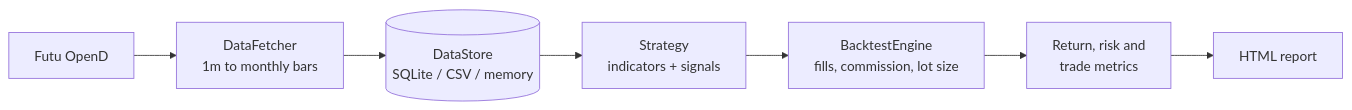
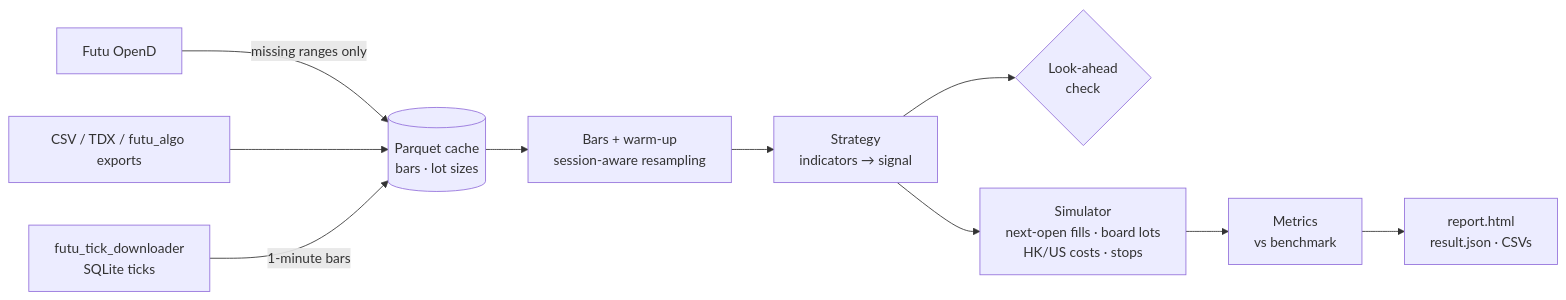
The diagram in README.md (billpwchan/strategy_powerbacktest), drawn with Mermaid before and after one commit. The commit also changed other lines of this file and 5 other files, not shown here.

````diff
--- a/README.md
+++ b/README.md
@@ -14,9 +17,12 @@
 ```mermaid
 flowchart LR
-  OpenD[Futu OpenD] --> Fetch[DataFetcher<br/>1m to monthly bars]
-  Fetch --> Store[(DataStore<br/>SQLite / CSV / memory)]
-  Store --> Strategy[Strategy<br/>indicators + signals]
-  Strategy --> Engine[BacktestEngine<br/>fills, commission, lot size]
-  Engine --> Metrics[Return, risk and<br/>trade metrics]
-  Metrics --> Report[HTML report]
+  OpenD[Futu OpenD] -->|missing ranges only| Cache[(Parquet cache<br/>bars · lot sizes)]
+  CSV[CSV / TDX / futu_algo exports] --> Cache
+  Ticks[futu_tick_downloader<br/>SQLite ticks] -->|1-minute bars| Cache
+  Cache --> Feed[Bars + warm-up<br/>session-aware resampling]
+  Feed --> Strategy[Strategy<br/>indicators → signal]
+  Strategy --> Check{Look-ahead<br/>check}
+  Strategy --> Engine[Simulator<br/>next-open fills · board lots<br/>HK/US costs · stops]
+  Engine --> Metrics[Metrics<br/>vs benchmark]
+  Metrics --> Report[report.html<br/>result.json · CSVs]
 ```
````
